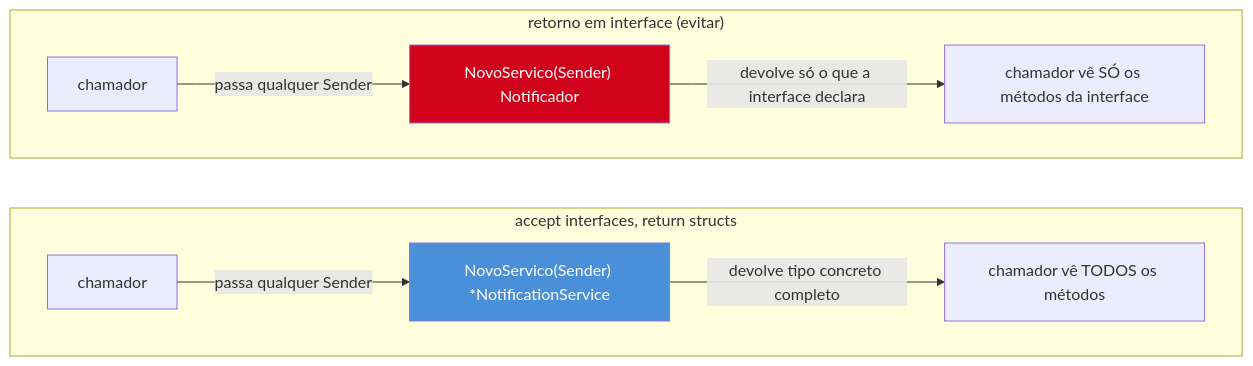
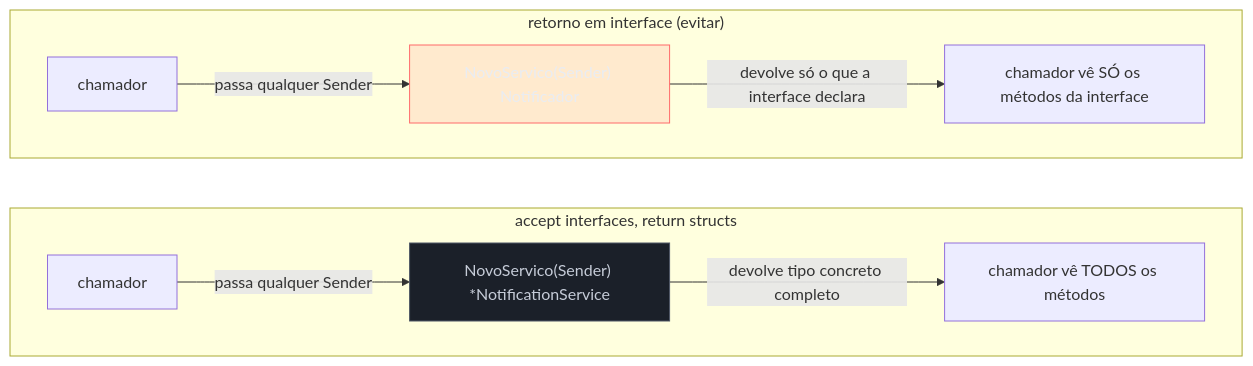
One commit to josenaldo/codex-technomanticus changed the first of 2 diagrams in 03-Dominios/Tecnologia/Go/03 - Interfaces e composição/04 - Accept interfaces, return structs.md. Above: the diagram before and after it, drawn with Mermaid. The commit also changed other lines of this file and 1181 other files, not shown here.

First line of the commit message:
fix(diagramas): paleta do sistema no lugar de cor cravada no markdown

````diff
--- a/03-Dominios/Tecnologia/Go/03 - Interfaces e composição/04 - Accept interfaces, return structs.md
+++ b/03-Dominios/Tecnologia/Go/03 - Interfaces e composição/04 - Accept interfaces, return structs.md
@@ -80,16 +80,18 @@
 ```mermaid
 flowchart LR
+    classDef neutro fill:#1B2029,stroke:#4E5666,color:#C6CCD8
+    classDef falha fill:#FF6B6B24,stroke:#FF6B6B,color:#E9ECF2
     subgraph certo["accept interfaces, return structs"]
         direction LR
         C1["chamador"] -->|"passa qualquer Sender"| C2["NovoServico(Sender) *NotificationService"]
         C2 -->|"devolve tipo concreto completo"| C3["chamador vê TODOS os métodos"]
     end
     subgraph errado["retorno em interface (evitar)"]
         direction LR
         E1["chamador"] -->|"passa qualquer Sender"| E2["NovoServico(Sender) Notificador"]
         E2 -->|"devolve só o que a interface declara"| E3["chamador vê SÓ os métodos da interface"]
     end
 
-    style C2 fill:#4A90D9,color:#fff
-    style E2 fill:#D0021B,color:#fff
+    class C2 neutro
+    class E2 falha
 ```
````
